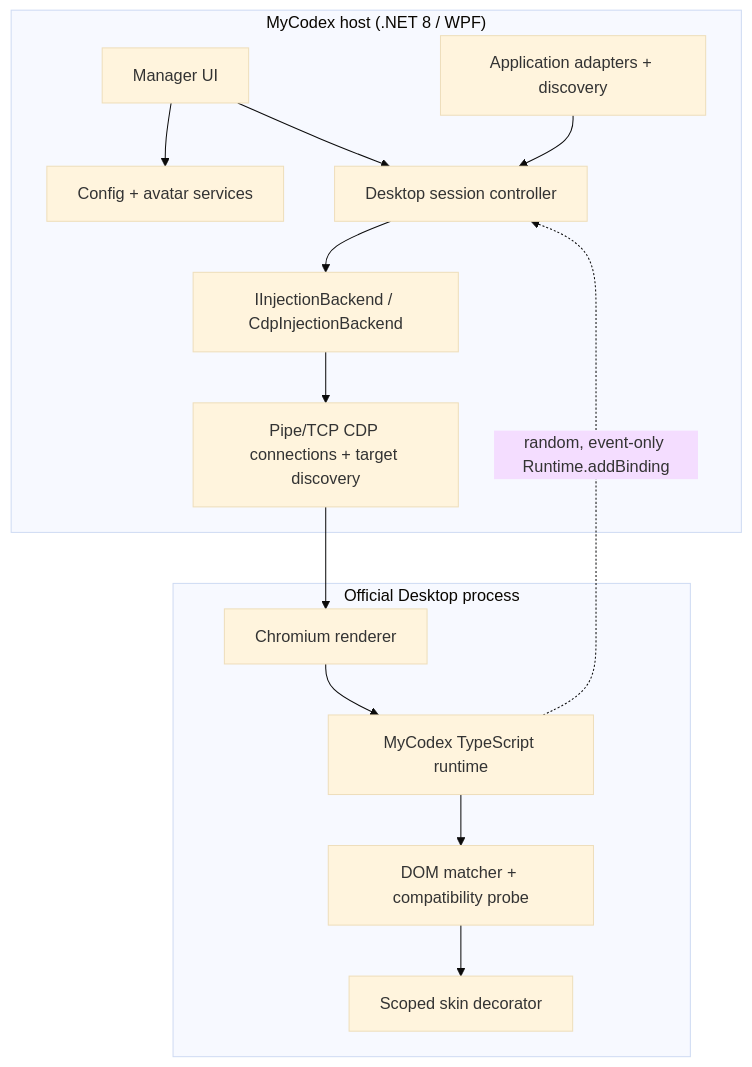
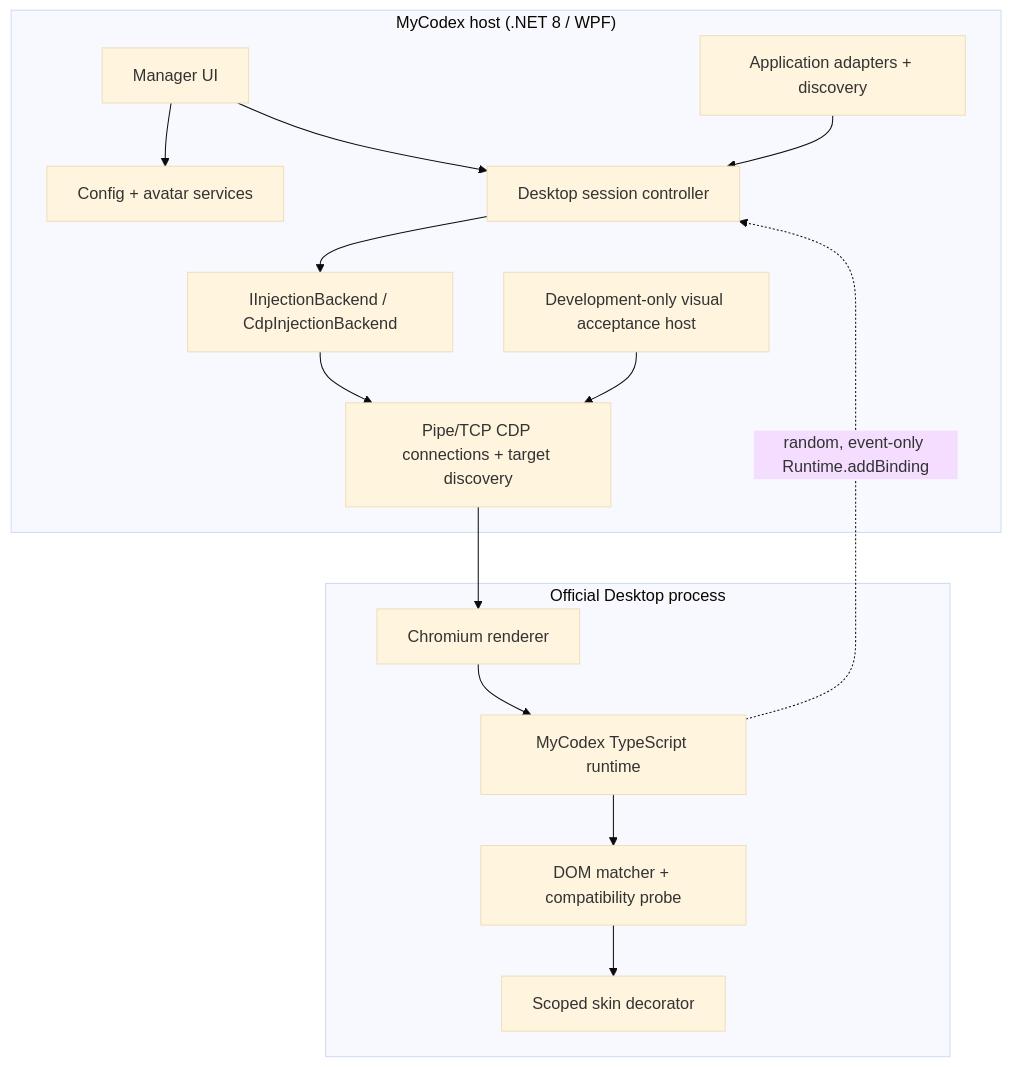
Before and after one commit to crikok0721/MyCO: the diagram in docs/architecture.md, drawn with Mermaid (base theme). The commit also changed other lines of this file and 47 other files, not shown here.

````diff
--- a/docs/architecture.md
+++ b/docs/architecture.md
@@ -11,27 +11,29 @@
 ```mermaid
 flowchart TB
   subgraph Host["MyCodex host (.NET 8 / WPF)"]
     UI["Manager UI"]
     CFG["Config + avatar services"]
     APP["Application adapters + discovery"]
     SESSION["Desktop session controller"]
     BACKEND["IInjectionBackend / CdpInjectionBackend"]
     CDP["Pipe/TCP CDP connections + target discovery"]
+    VA["Development-only visual acceptance host"]
   end
   subgraph Desktop["Official Desktop process"]
     PAGE["Chromium renderer"]
     RT["MyCodex TypeScript runtime"]
     MATCH["DOM matcher + compatibility probe"]
     SKIN["Scoped skin decorator"]
   end
   UI --> CFG
   UI --> SESSION
   APP --> SESSION
   SESSION --> BACKEND
   BACKEND --> CDP
+  VA --> CDP
   CDP --> PAGE
   PAGE --> RT
   RT --> MATCH
   MATCH --> SKIN
   RT -. "random, event-only Runtime.addBinding" .-> SESSION
 ```
````
